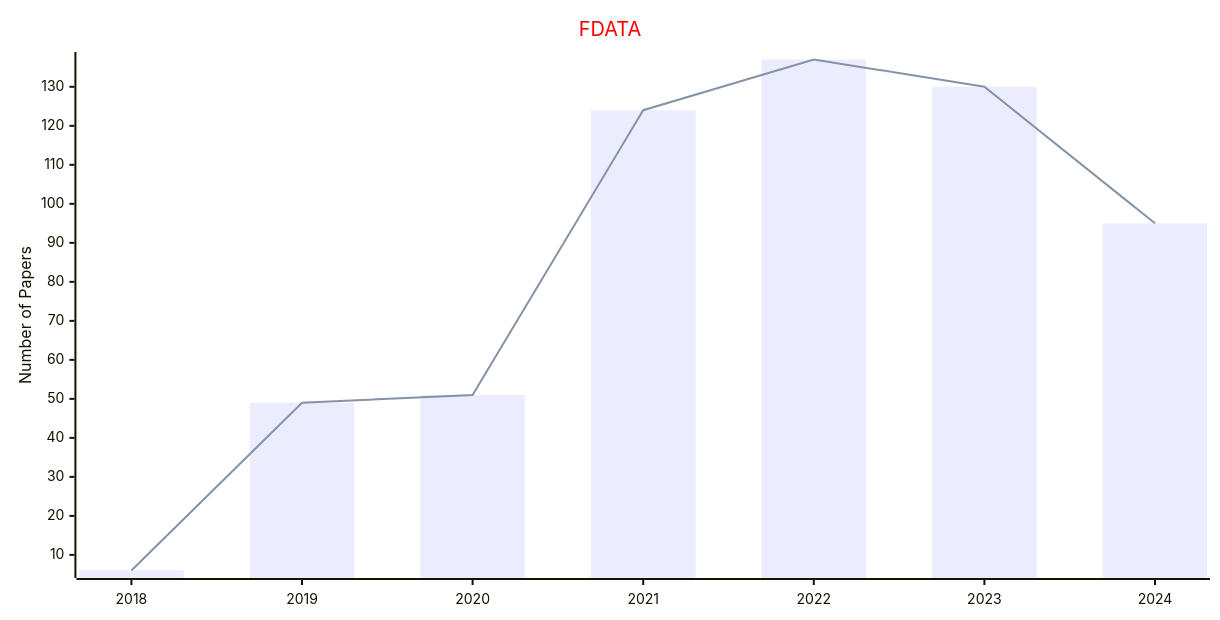
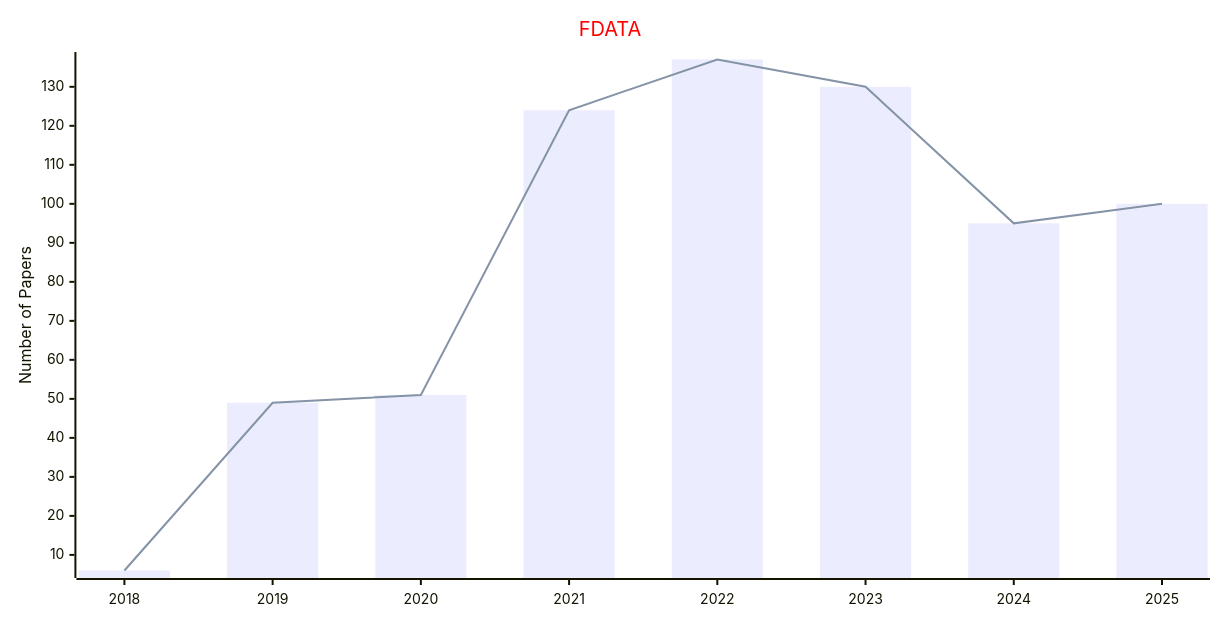
Before and after one commit to Easy-PhD/AILinks: the second of 8 diagrams in docs/data/Journals/Statistics_Journals/Data_Mining.md, drawn with Mermaid. The commit also changed other lines of this file and 93 other files, not shown here.

````diff
--- a/docs/data/Journals/Statistics_Journals/Data_Mining.md
+++ b/docs/data/Journals/Statistics_Journals/Data_Mining.md
@@ -33,17 +33,17 @@
 ```mermaid
 ---
 config:
     xyChart:
         width: 1200
         height: 600
     themeVariables:
         xyChart:
             titleColor: "#ff0000"
 ---
 xychart-beta
     title "FDATA"
-    x-axis [2018, 2019, 2020, 2021, 2022, 2023, 2024]
+    x-axis [2018, 2019, 2020, 2021, 2022, 2023, 2024, 2025]
     y-axis "Number of Papers"
-    bar [6, 49, 51, 124, 137, 130, 95]
-    line [6, 49, 51, 124, 137, 130, 95]
+    bar [6, 49, 51, 124, 137, 130, 95, 100]
+    line [6, 49, 51, 124, 137, 130, 95, 100]
 ```
````
